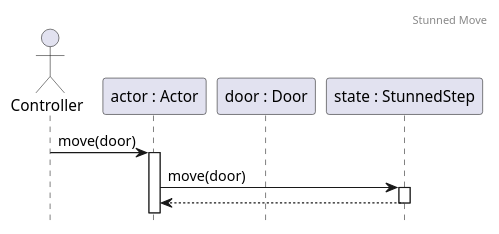
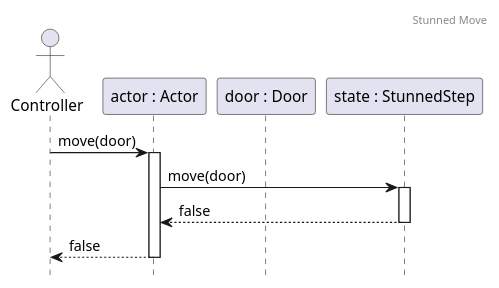
One commit to Kristof-me/Logarlec changed the diagram in docs/sequence/stunned/StunnedMove.puml. Above: the diagram before and after it, drawn with PlantUML. The commit also changed 4 other files, not shown here.

Commit message:
Checked Sequence 25-31 Closing #92

```diff
--- a/docs/sequence/stunned/StunnedMove.puml
+++ b/docs/sequence/stunned/StunnedMove.puml
@@ -1,15 +1,16 @@
 @startuml StunnedMove
 header Stunned Move
 
 hide footbox
 autoactivate on
 
 actor A as "Controller"
 participant B as "actor : Actor"
 participant D as "door : Door"
 participant C as "state : StunnedStep"
 A -> B : move(door)
 B -> C : move(door)
-return
+return false
+return false
 
 @enduml
```
